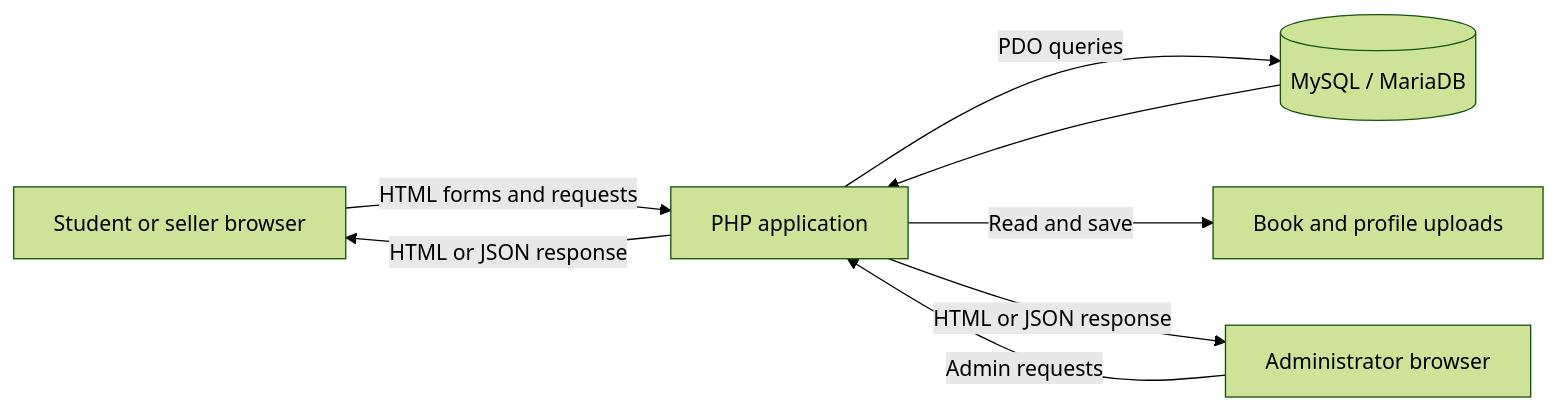
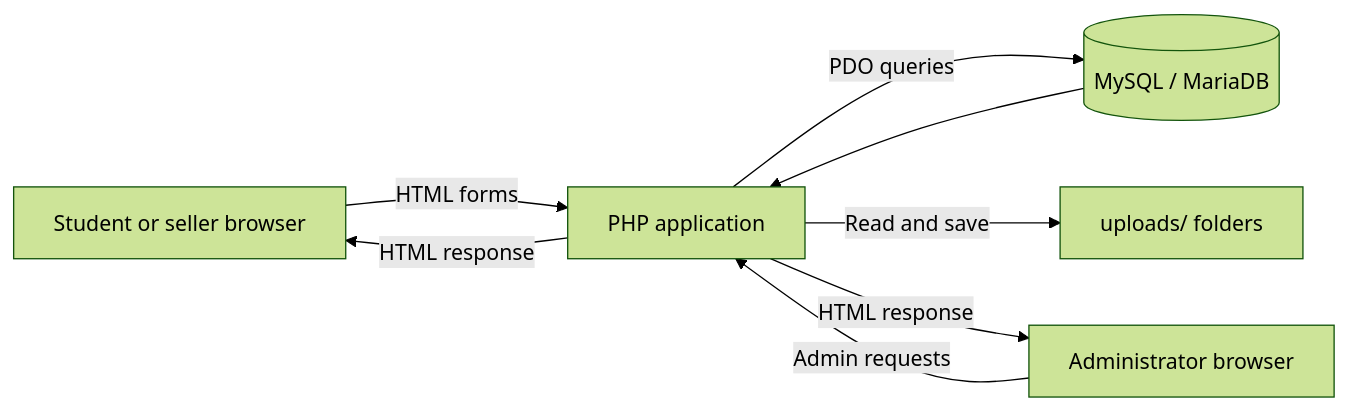
The fourth of 4 diagrams in README.md (dhruvprajapati6/AuraBook), drawn with Mermaid (forest theme) before and after one commit. The commit also changed other lines of this file, not shown here.

````diff
--- a/README.md
+++ b/README.md
@@ -208,10 +172,10 @@
 ```mermaid
 flowchart LR
-    V[Student or seller browser] -->|HTML forms and requests| P[PHP application]
+    V[Student or seller browser] -->|HTML forms| P[PHP application]
     A[Administrator browser] -->|Admin requests| P
     P -->|PDO queries| D[(MySQL / MariaDB)]
-    P -->|Read and save| U[Book and profile uploads]
+    P -->|Read and save| U[uploads/ folders]
     D --> P
-    P -->|HTML or JSON response| V
-    P -->|HTML or JSON response| A
+    P -->|HTML response| V
+    P -->|HTML response| A
 ```
````
